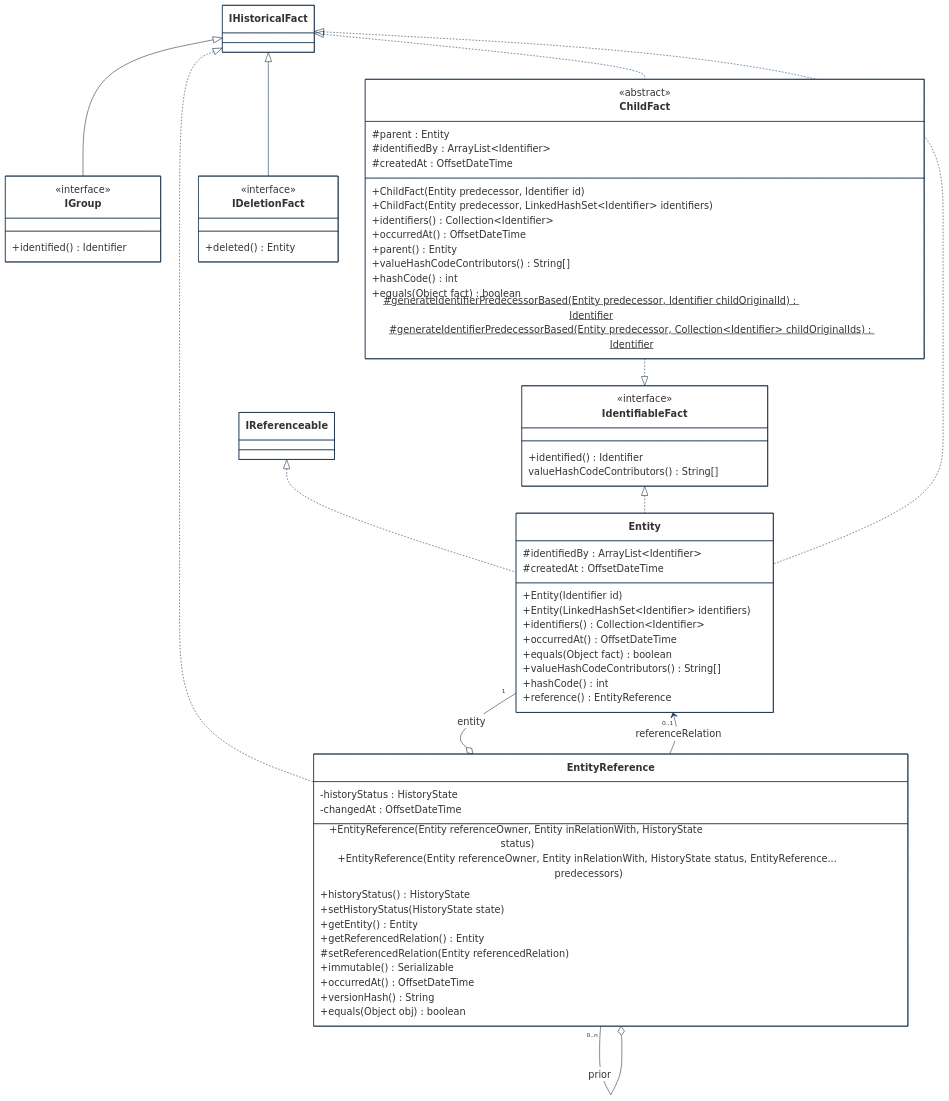
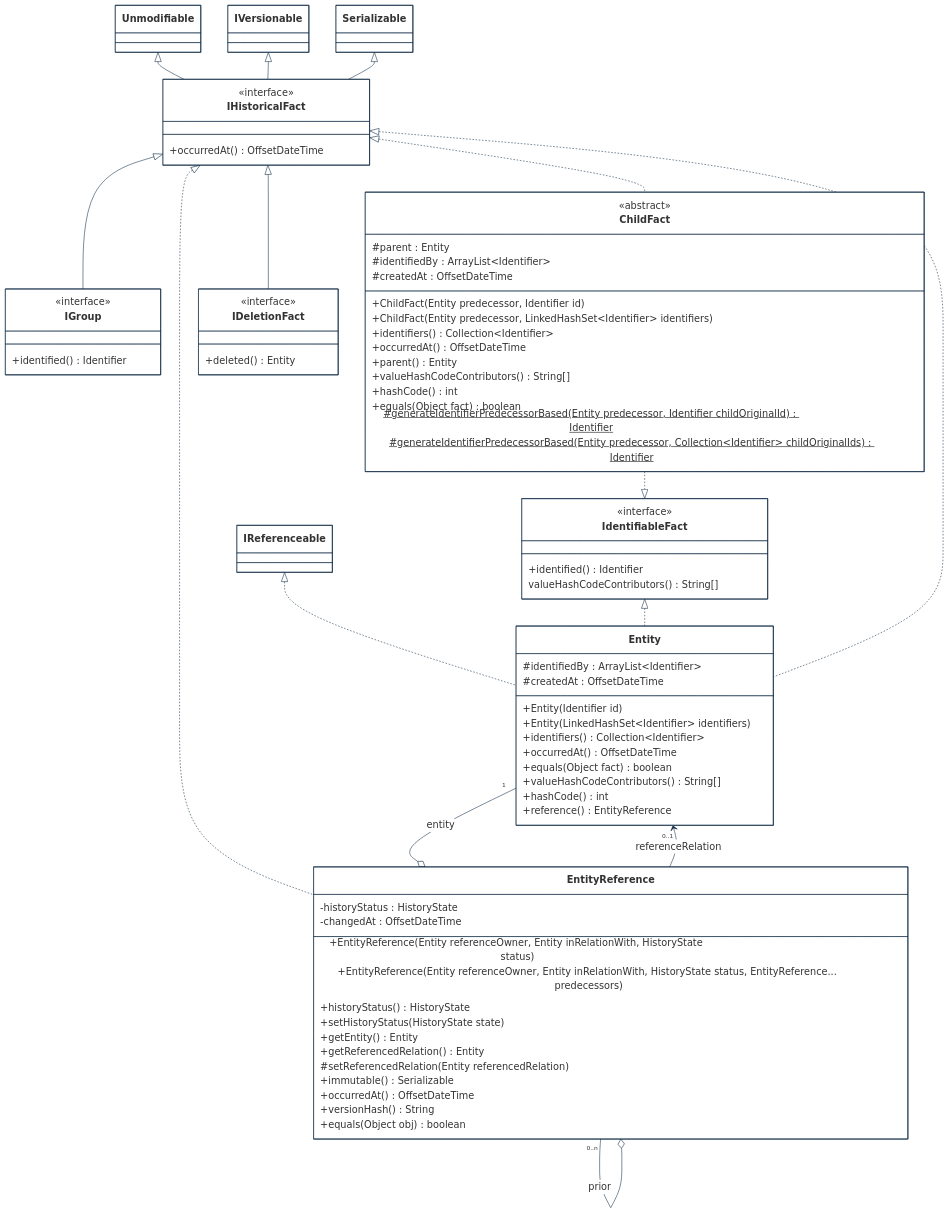
Before and after one commit to cybnity/foundation: the first of 6 diagrams in implementations-line/framework/immutable/designview-packages.md, drawn with Mermaid. The commit also changed other lines of this file, not shown here.

```diff
--- a/implementations-line/framework/immutable/designview-packages.md
+++ b/implementations-line/framework/immutable/designview-packages.md
@@ -56,6 +58,9 @@
   }
 }%%
 classDiagram
+    Unmodifiable <|-- IHistoricalFact
+    IVersionable <|-- IHistoricalFact
+    Serializable <|-- IHistoricalFact
     IHistoricalFact <|-- IGroup
     IReferenceable <|.. Entity
     ChildFact ..|> IdentifiableFact
@@ -68,6 +73,10 @@
     Entity "0..1" <-- EntityReference : referenceRelation
     IHistoricalFact <|-- IDeletionFact
 
+    class IHistoricalFact {
+        <<interface>>
+        +occurredAt() OffsetDateTime
+    }
     class IGroup {
         <<interface>>
         +identified() Identifier
```
